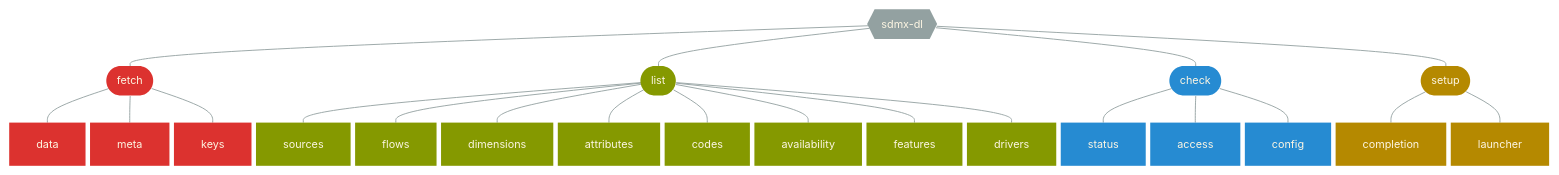
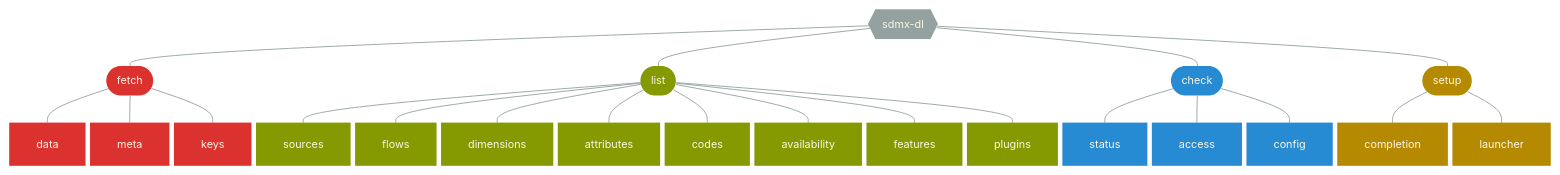
One commit to nbbrd/sdmx-dl changed the diagram in docs/content/cli/usage.md. Above: the diagram before and after it, drawn with Mermaid. The commit also changed other lines of this file and 9 other files, not shown here.

Commit message:
Replace list drivers command with list plugins command

````diff
--- a/docs/content/cli/usage.md
+++ b/docs/content/cli/usage.md
@@ -23,44 +23,44 @@
 ```mermaid
 %%{init:{'themeVariables': {'textColor': '#fdf6e3', 'fontSize': '12px'},'flowchart':{'nodeSpacing': 5, 'rankSpacing': 30}}}%%
 flowchart TB
     r{{sdmx-dl}}
     r --- f([fetch]) --- data & meta & keys
-    r --- l([list]) --- sources & flows & dimensions & attributes & codes & availability & features & drivers
+    r --- l([list]) --- sources & flows & dimensions & attributes & codes & availability & features & plugins
     r --- c([check]) --- status & access & config
     r --- s([setup]) --- completion & launcher
 
     classDef default fill:#93a1a1,stroke-width:0px 
     linkStyle default stroke:#93a1a1
  
     classDef fx fill:#dc322f
     class f,data,meta,keys fx;
     click f "#fetch" "fetch command"
     click data "#fetch-data" "fetch data command"
     click meta "#fetch-meta" "fetch meta command"
     click keys "#fetch-keys" "fetch keys command"
    
     classDef lx fill:#859900
-    class l,sources,flows,dimensions,attributes,codes,availability,features,drivers lx;
+    class l,sources,flows,dimensions,attributes,codes,availability,features,plugins lx;
     click l "#list" "list command"
     click sources "#list-sources" "list sources command"
     click flows "#list-flows" "list flows command"
     click dimensions "#list-dimensions" "list dimensions command"
     click attributes "#list-attributes" "list attributes command"
     click codes "#list-codes" "list codes command"
     click availability "#list-availability" "list availability command"
     click features "#list-features" "list features command"
-    click drivers "#list-drivers" "list drivers command"
+    click plugins "#list-plugins" "list plugins command"
    
     classDef cx fill:#268bd2
     class c,status,access,config cx;
     click c "#check" "check command"
     click status "#check-status" "check status command"
     click access "#check-access" "check access command"
     click config "#check-config" "check config command"
     
     classDef sx fill:#b58900
     class s,completion,launcher sx;
     click s "#setup" "setup command"
     click completion "#setup-completion" "setup completion command"
     click launcher "#setup-launcher" "setup launcher command"
 ```
````
